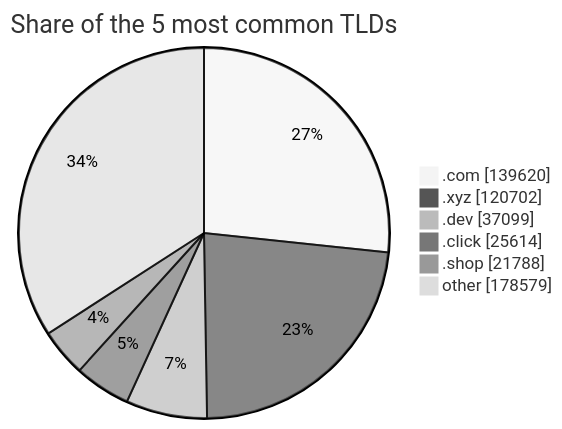
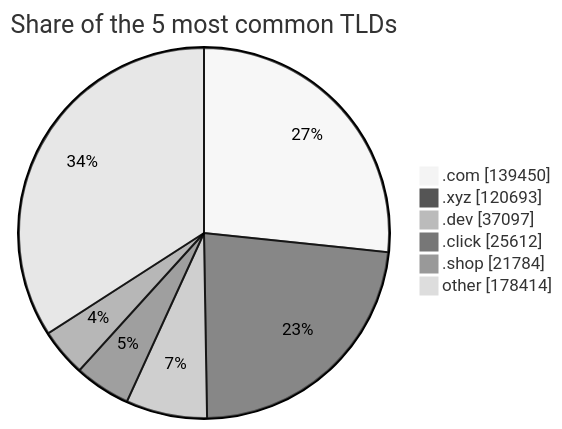
Before and after one commit to DNSBunker/CTI: the third of 3 diagrams in README.md, drawn with Mermaid (neutral theme). The commit also changed other lines of this file and 3 other files, not shown here.

````diff
--- a/README.md
+++ b/README.md
@@ -81,9 +81,9 @@
 ```mermaid
 pie showData title Share of the 5 most common TLDs
-    ".com" : 139620
-    ".xyz" : 120702
-    ".dev" : 37099
-    ".click" : 25614
-    ".shop" : 21788
-    "other" : 178579
+    ".com" : 139450
+    ".xyz" : 120693
+    ".dev" : 37097
+    ".click" : 25612
+    ".shop" : 21784
+    "other" : 178414
 ```
````
